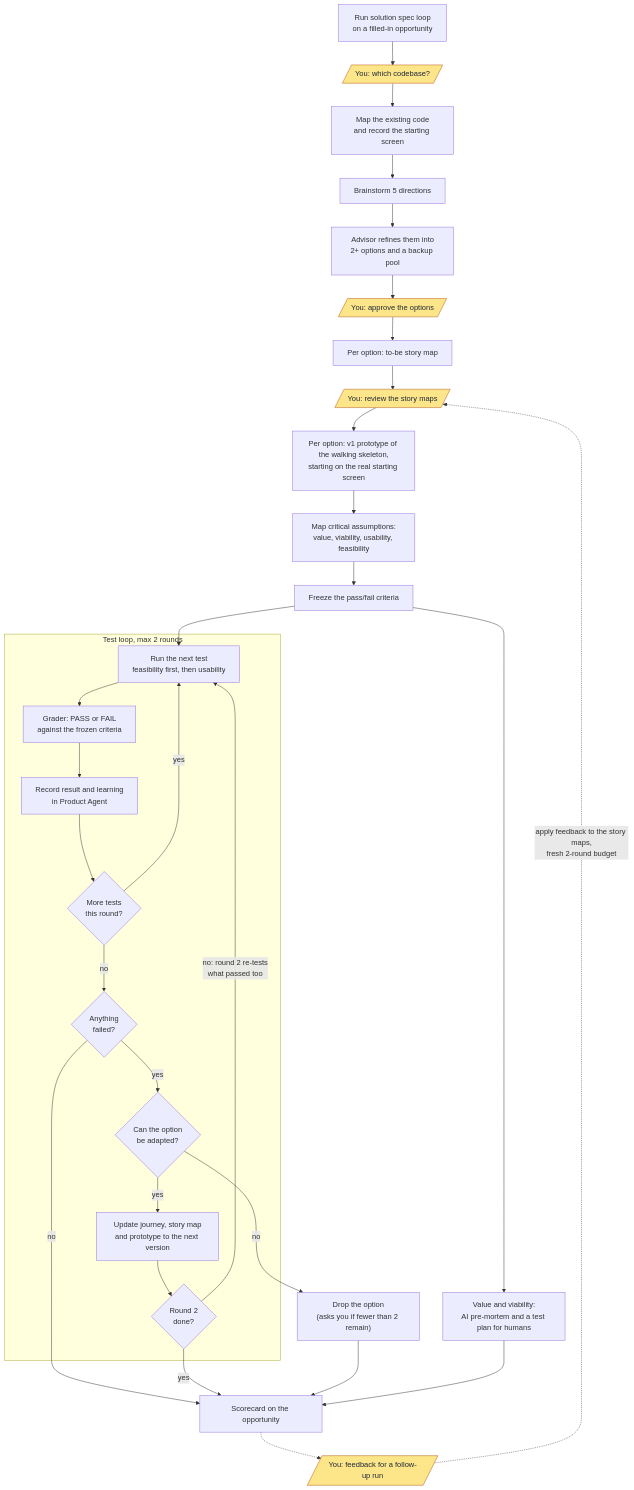
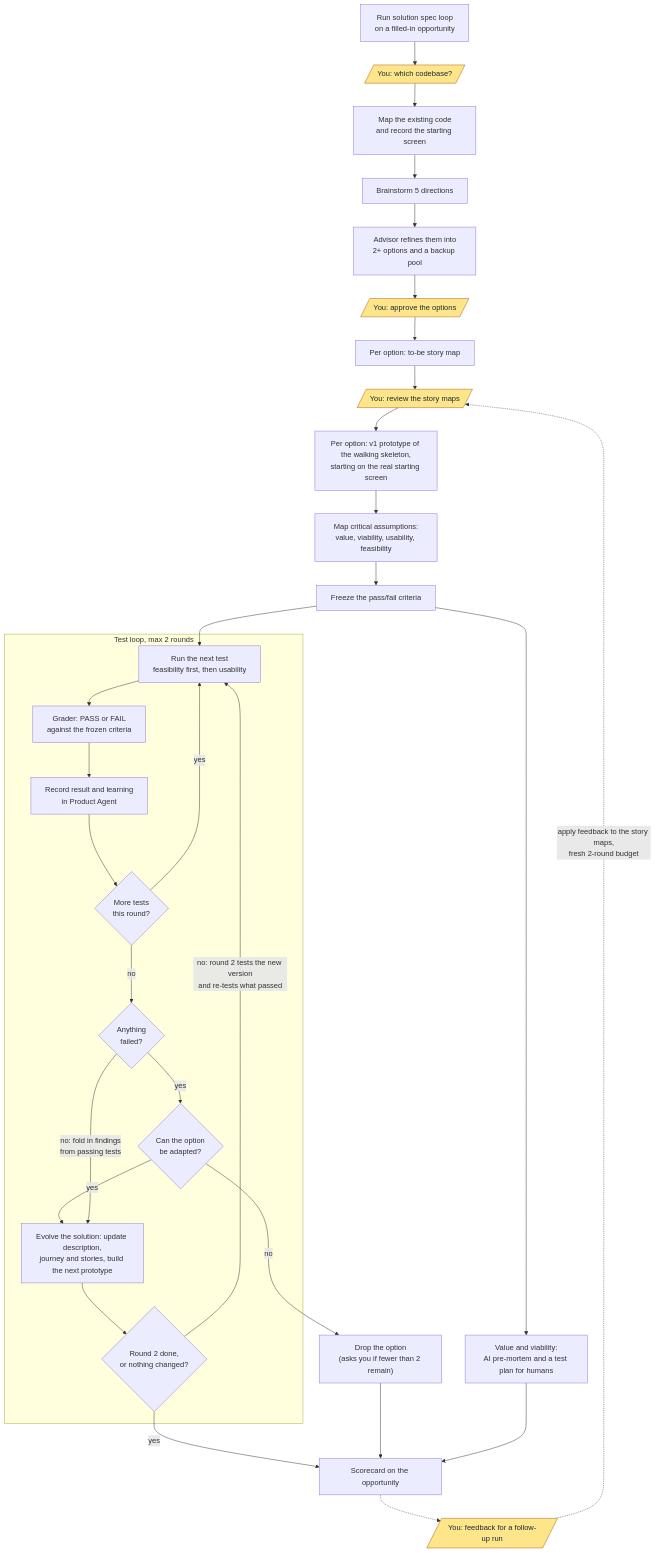
One commit to catalinviciu/product-builder-agent changed the diagram in Product-Agent-app/README.md. Above: the diagram before and after it, drawn with Mermaid. The commit also changed other lines of this file and 3 other files, not shown here.

First line of the commit message:
Spec loop: evolve the whole spec and the prototype after every round

````diff
--- a/Product-Agent-app/README.md
+++ b/Product-Agent-app/README.md
@@ -241,38 +241,38 @@
 ```mermaid
 flowchart TD
     A["Run solution spec loop<br/>on a filled-in opportunity"] --> B[/"You: which codebase?"/]
     B --> C["Map the existing code<br/>and record the starting screen"]
     C --> D["Brainstorm 5 directions"]
     D --> E["Advisor refines them into<br/>2+ options and a backup pool"]
     E --> F[/"You: approve the options"/]
     F --> G["Per option: to-be story map"]
     G --> SM[/"You: review the story maps"/]
     SM --> G2["Per option: v1 prototype of the walking skeleton,<br/>starting on the real starting screen"]
     G2 --> H["Map critical assumptions:<br/>value, viability, usability, feasibility"]
     H --> I["Freeze the pass/fail criteria"]
     I --> V["Value and viability:<br/>AI pre-mortem and a test plan for humans"]
     I --> J
 
     subgraph LOOP ["Test loop, max 2 rounds"]
         J["Run the next test<br/>feasibility first, then usability"] --> K["Grader: PASS or FAIL<br/>against the frozen criteria"]
         K --> L["Record result and learning<br/>in Product Agent"]
         L --> M{"More tests<br/>this round?"}
         M -- yes --> J
         M -- no --> N{"Anything<br/>failed?"}
         N -- yes --> O{"Can the option<br/>be adapted?"}
-        O -- yes --> P["Update journey, story map<br/>and prototype to the next version"]
-        P --> Q{"Round 2<br/>done?"}
-        Q -- "no: round 2 re-tests<br/>what passed too" --> J
+        O -- yes --> P["Evolve the solution: update description,<br/>journey and stories, build the next prototype"]
+        N -- "no: fold in findings<br/>from passing tests" --> P
+        P --> Q{"Round 2 done,<br/>or nothing changed?"}
+        Q -- "no: round 2 tests the new version<br/>and re-tests what passed" --> J
     end
 
     O -- no --> R["Drop the option<br/>(asks you if fewer than 2 remain)"]
-    N -- no --> S["Scorecard on the opportunity"]
-    Q -- yes --> S
+    Q -- yes --> S["Scorecard on the opportunity"]
     R --> S
     V --> S
     S -.-> FB[/"You: feedback for a follow-up run"/]
     FB -. "apply feedback to the story maps,<br/>fresh 2-round budget" .-> SM
 
     classDef human fill:#fde68a,stroke:#b45309,color:#1f2937
     class B,F,SM,FB human
 ```
````
